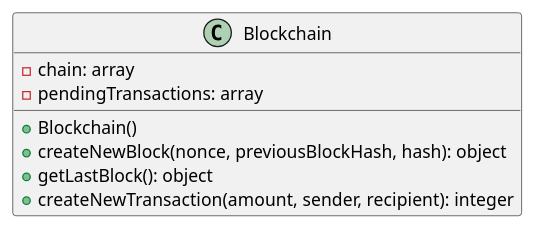
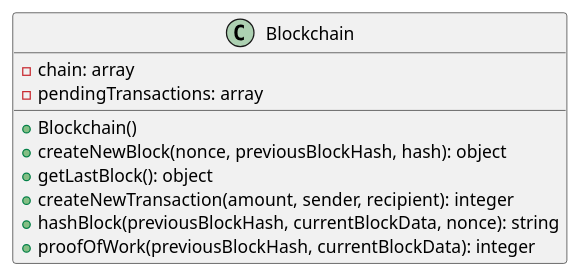
The diagram in DEV/blockchain.plantUML (valleria-web/blockchain), drawn with PlantUML before and after one commit. The commit also changed other lines of this file and 2 other files, not shown here.

Commit message:
proofOfWork

```diff
--- a/DEV/blockchain.plantUML
+++ b/DEV/blockchain.plantUML
@@ -1,13 +1,15 @@
-@startuml b1;
+@startuml b,
 
 class Blockchain {
     - chain: array
     - pendingTransactions: array
 
     + Blockchain()
     + createNewBlock(nonce, previousBlockHash, hash): object
     + getLastBlock(): object
     + createNewTransaction(amount, sender, recipient): integer
+    + hashBlock(previousBlockHash, currentBlockData, nonce): string
+    + proofOfWork(previousBlockHash, currentBlockData): integer
 }
 
 @enduml
```
